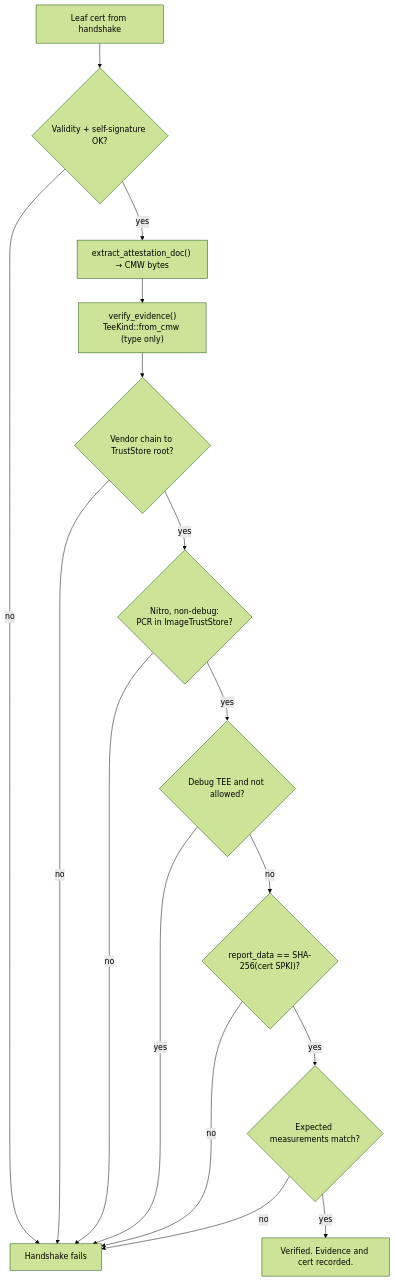
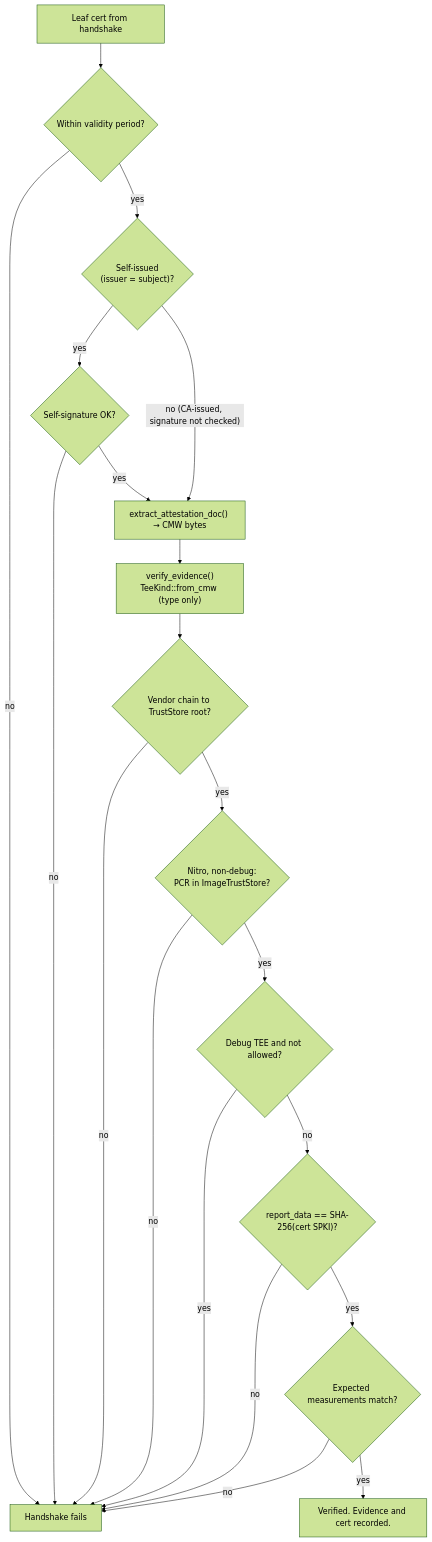
One commit to Lanetus/TTKServer changed the second of 2 diagrams in docs/src/ra-client.md. Above: the diagram before and after it, drawn with Mermaid (forest theme). The commit also changed other lines of this file and 14 other files, not shown here.

First line of the commit message:
feat: update the mdBook architecture docs to the current workspace (#94)

````diff
--- a/docs/src/ra-client.md
+++ b/docs/src/ra-client.md
@@ -87,18 +83,22 @@
 ```mermaid
 flowchart TD
-    A["Leaf cert from handshake"] --> B{"Validity + self-signature OK?"}
+    A["Leaf cert from handshake"] --> B{"Within validity period?"}
     B -- no --> X["Handshake fails"]
-    B -- yes --> C["extract_attestation_doc() → CMW bytes"]
+    B -- yes --> S{"Self-issued<br/>(issuer = subject)?"}
+    S -- yes --> S2{"Self-signature OK?"}
+    S2 -- no --> X
+    S2 -- yes --> C
+    S -- "no (CA-issued, signature not checked)" --> C["extract_attestation_doc() → CMW bytes"]
     C --> D["verify_evidence()<br/>TeeKind::from_cmw (type only)"]
     D --> E{"Vendor chain to TrustStore root?"}
     E -- no --> X
     E -- yes --> I{"Nitro, non-debug:<br/>PCR in ImageTrustStore?"}
     I -- no --> X
     I -- yes --> F{"Debug TEE and not allowed?"}
     F -- yes --> X
     F -- no --> G{"report_data == SHA-256(cert SPKI)?"}
     G -- no --> X
     G -- yes --> H{"Expected measurements match?"}
     H -- no --> X
     H -- yes --> OK["Verified. Evidence and cert recorded."]
 ```
````
